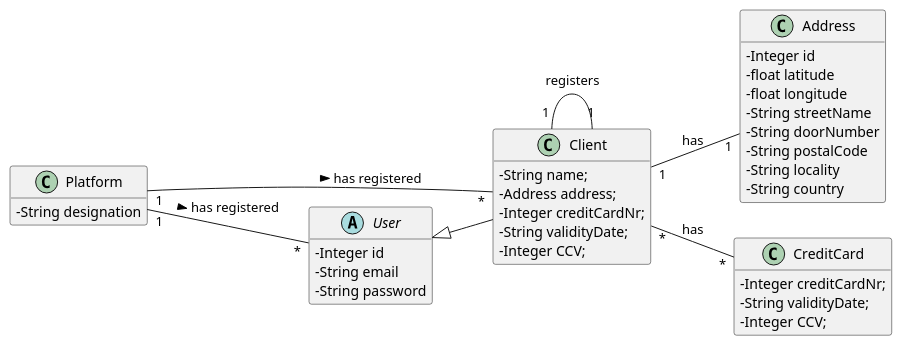
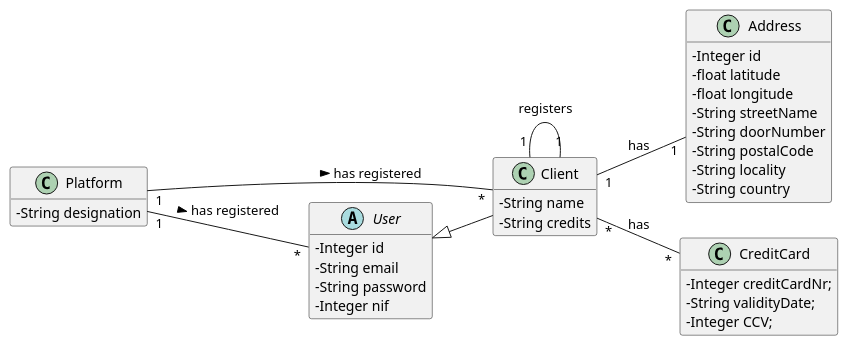
Before and after one commit to tiagoavcosta25/LAPR3: the diagram in docs/Iteration 1/User Management/US18_RegisterClient/US18_DM.puml, drawn with PlantUML. The commit also changed 7 other files, not shown here.

```diff
--- a/docs/Iteration 1/User Management/US18_RegisterClient/US18_DM.puml
+++ b/docs/Iteration 1/User Management/US18_RegisterClient/US18_DM.puml
@@ -1,50 +1,48 @@
 @startuml
 skinparam classAttributeIconSize 0
 hide methods
 left to right direction
 
 class Platform {
 -   String designation
 }
 
 class Client{
--String name;
--Address address;
--Integer creditCardNr;
--String validityDate;
--Integer CCV;
+-String name
+-String credits
 }
 
 abstract class User{
 -Integer id
 -String email
 -String password
+-Integer nif
 }
 
 class Address{
 -Integer id
 -float latitude
 -float longitude
 -String streetName
 -String doorNumber
 -String postalCode
 -String locality
 -String country
 }
 
 class CreditCard{
 -Integer creditCardNr;
 -String validityDate;
 -Integer CCV;
 +CreditCard(creditCardNr,validityDate,CCV)
 }
 
 class Client extends User
 
 
 Client "1" -- "1" Client : registers
 Client "1" -- "1" Address : has
 Client "*" -- "*" CreditCard : has
 Platform "1" -- "*" Client : has registered >
 Platform "1" -- "*" User : has registered >
 @enduml
```
